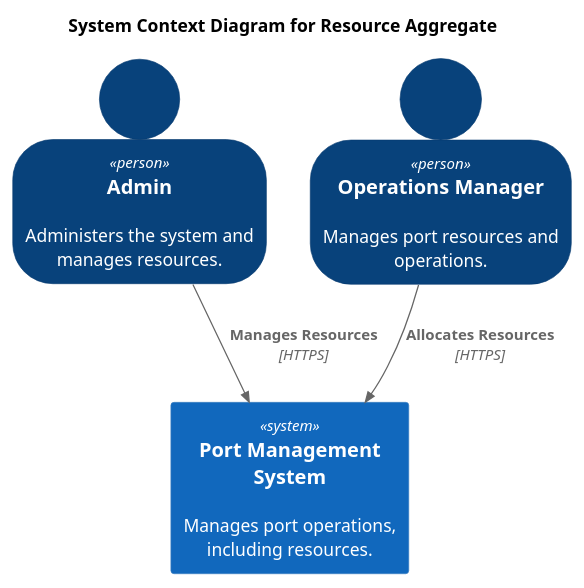
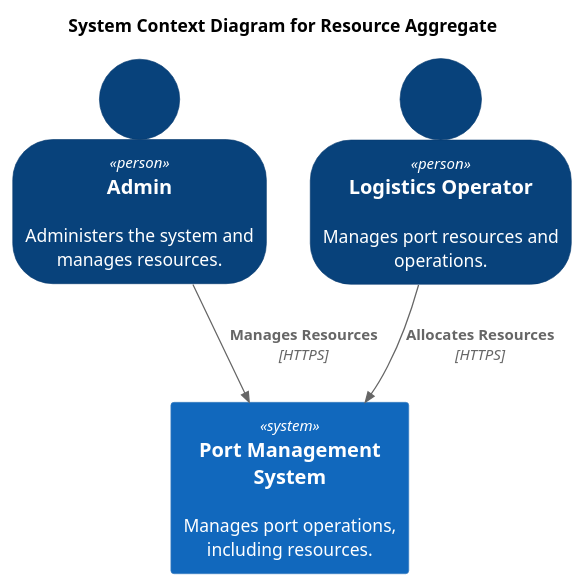
Before and after one commit to igor-coutinho22/Port_Management_System: the diagram in docs/C4Diagrams/Aggregates/Resource/1_Context.puml, drawn with PlantUML. The commit also changed 10 other files, not shown here.

Commit message:
fixes in C4 diagrams names

```diff
--- a/docs/C4Diagrams/Aggregates/Resource/1_Context.puml
+++ b/docs/C4Diagrams/Aggregates/Resource/1_Context.puml
@@ -1,16 +1,16 @@
 @startuml
 !include https://raw.githubusercontent.com/plantuml-stdlib/C4-PlantUML/master/C4_Context.puml
 
 SHOW_PERSON_OUTLINE()
 
 title System Context Diagram for Resource Aggregate
 
 Person(admin, "Admin", "Administers the system and manages resources.")
-Person(opsManager, "Operations Manager", "Manages port resources and operations.")
+Person(operator, "Logistics Operator", "Manages port resources and operations.")
 
 System(portSystem, "Port Management System", "Manages port operations, including resources.")
 
 Rel(admin, portSystem, "Manages Resources", "HTTPS")
-Rel(opsManager, portSystem, "Allocates Resources", "HTTPS")
+Rel(operator, portSystem, "Allocates Resources", "HTTPS")
 
 @enduml
```
